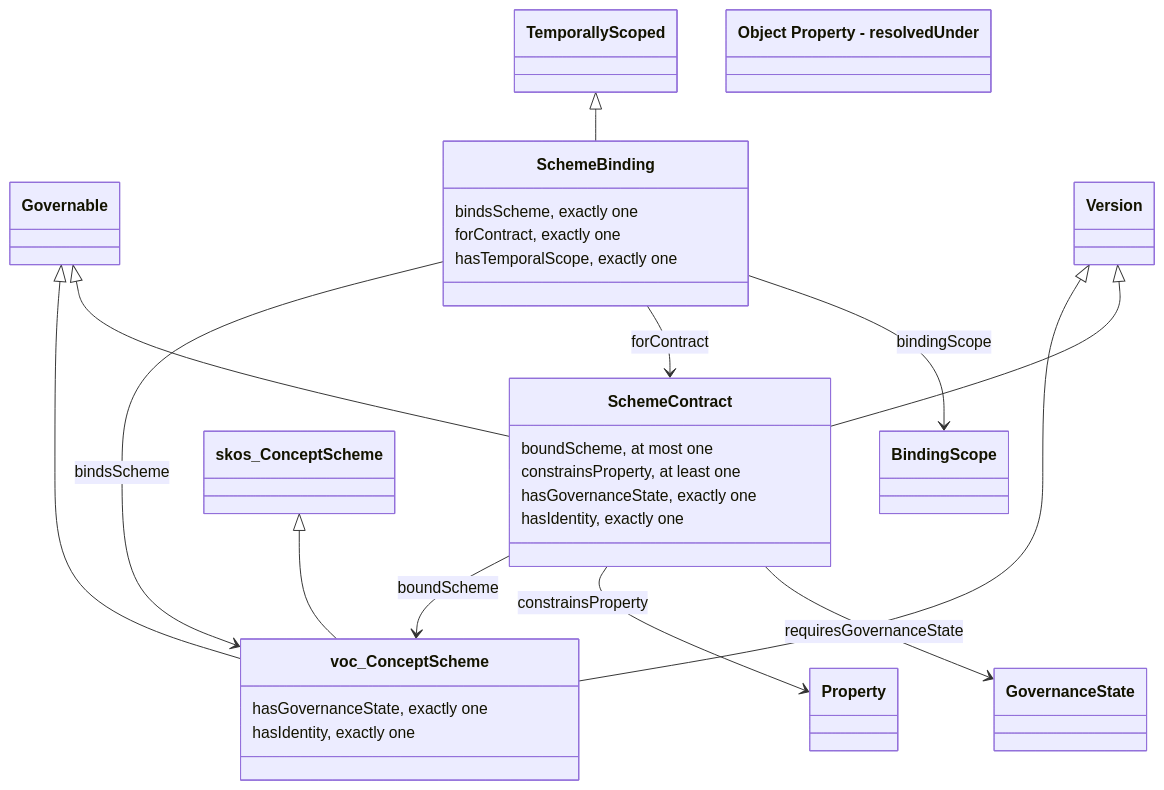
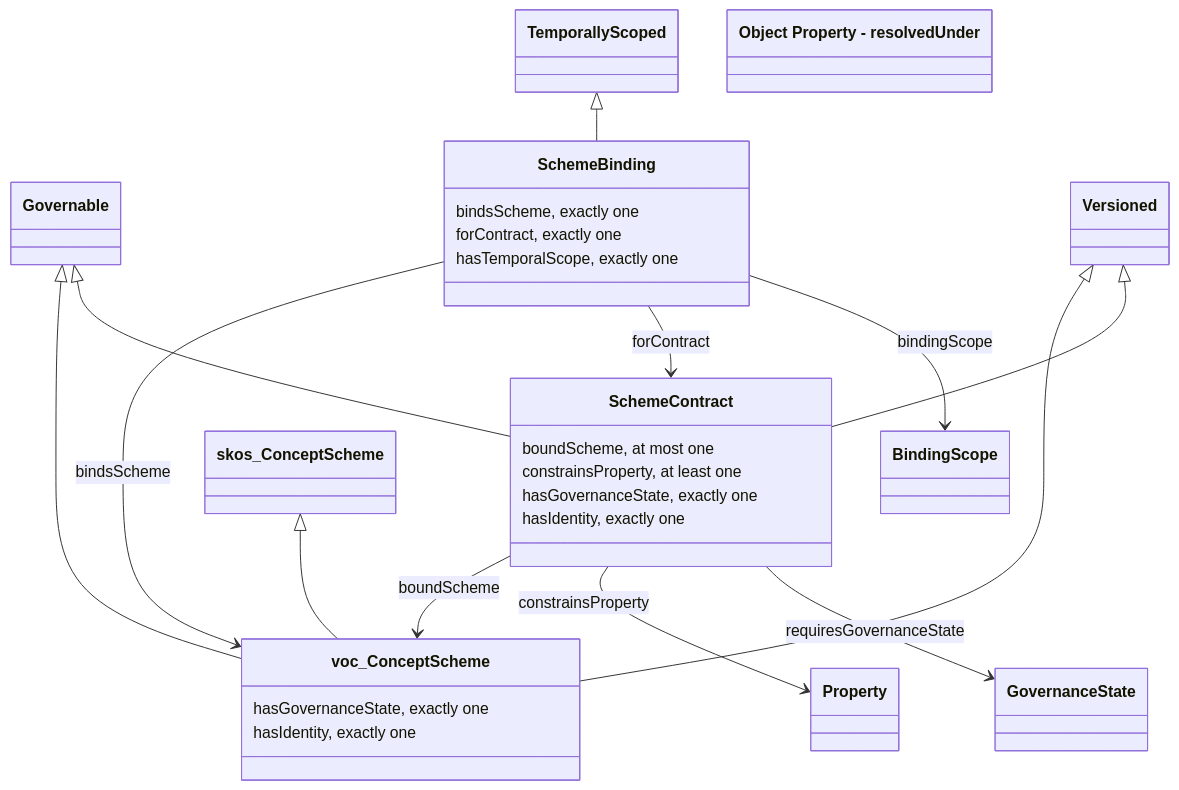
Before and after one commit to nebularis/lattice: the diagram in ontology/vocabulary/README.md, drawn with Mermaid. The commit also changed other lines of this file and 106 other files, not shown here.

First line of the commit message:
[ontology-remediation] OR-4: the mixin fnd:Version is renamed fnd:Versioned

````diff
--- a/ontology/vocabulary/README.md
+++ b/ontology/vocabulary/README.md
@@ -76,38 +76,38 @@
 ```mermaid
 classDiagram
     class BindingScope
     class Governable
     class GovernanceState
     class Property
     class SchemeBinding {
         bindsScheme, exactly one
         forContract, exactly one
         hasTemporalScope, exactly one
     }
     class SchemeContract {
         boundScheme, at most one
         constrainsProperty, at least one
         hasGovernanceState, exactly one
         hasIdentity, exactly one
     }
     class TemporallyScoped
-    class Version
+    class Versioned
     class skos_ConceptScheme
     class voc_ConceptScheme {
         hasGovernanceState, exactly one
         hasIdentity, exactly one
     }
     Governable <|-- SchemeContract
     Governable <|-- voc_ConceptScheme
     SchemeBinding --> BindingScope : bindingScope
     SchemeBinding --> SchemeContract : forContract
     SchemeBinding --> voc_ConceptScheme : bindsScheme
     SchemeContract --> GovernanceState : requiresGovernanceState
     SchemeContract --> Property : constrainsProperty
     SchemeContract --> voc_ConceptScheme : boundScheme
     TemporallyScoped <|-- SchemeBinding
-    Version <|-- SchemeContract
-    Version <|-- voc_ConceptScheme
+    Versioned <|-- SchemeContract
+    Versioned <|-- voc_ConceptScheme
     skos_ConceptScheme <|-- voc_ConceptScheme
     class ObjectProperty_resolvedUnder["Object Property - resolvedUnder"]
 ```
````
